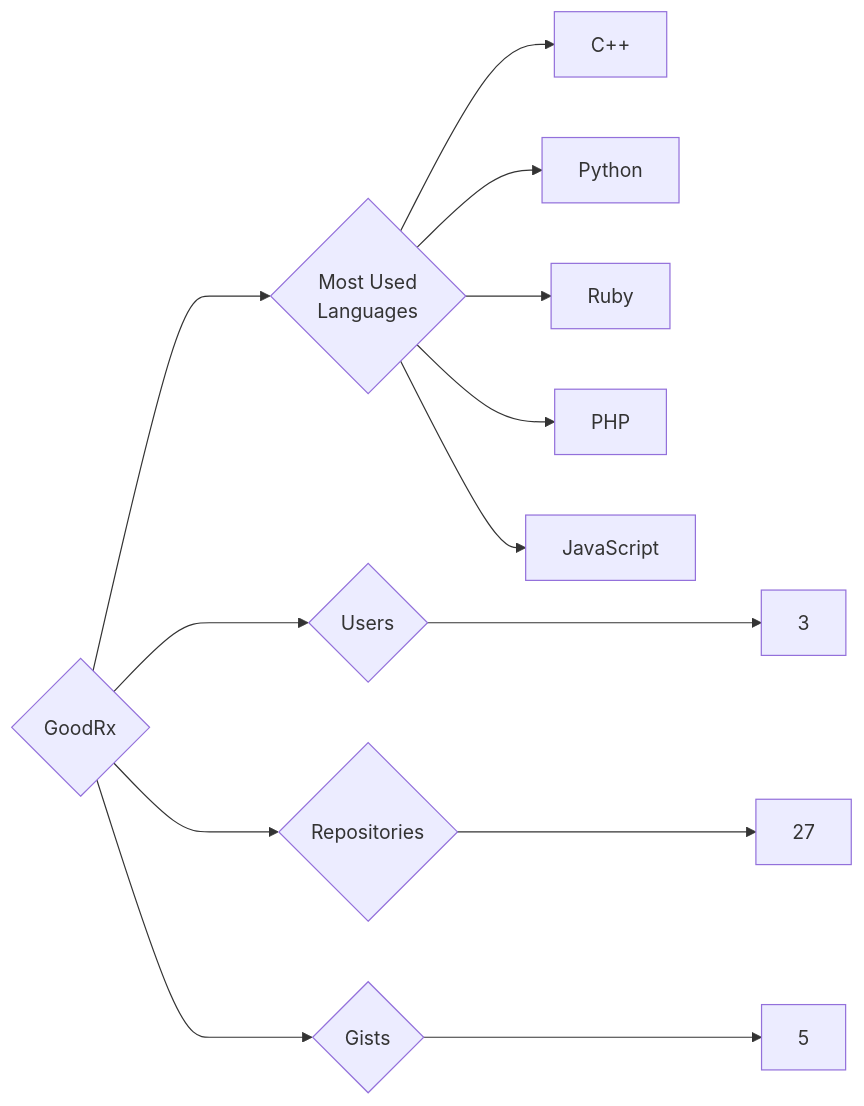
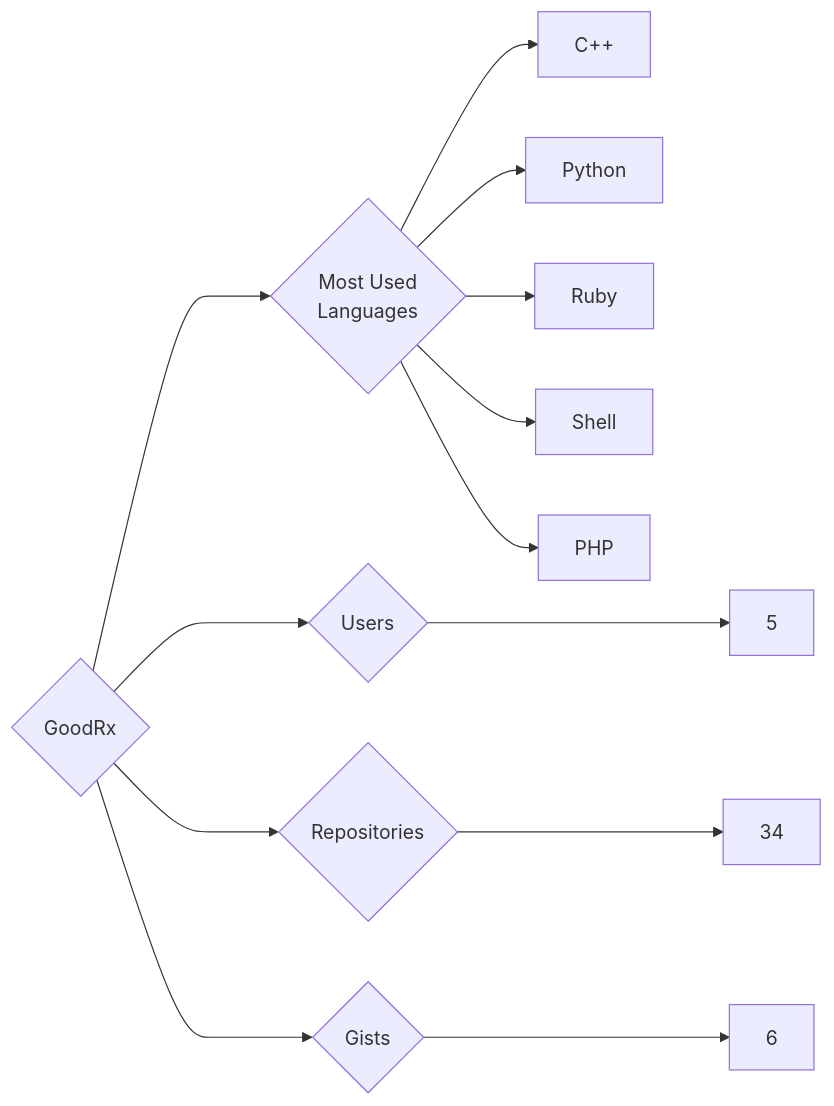
The diagram in targets/GoodRx/README.md (trickest/insiders), drawn with Mermaid before and after one commit. The commit also changed 783 other files, not shown here.

````diff
--- a/targets/GoodRx/README.md
+++ b/targets/GoodRx/README.md
@@ -3,13 +3,13 @@
 ```mermaid
 graph LR
 COMPANY_NAME{GoodRx}
-COMPANY_NAME ---> U{Users} ---> UN[3]
-COMPANY_NAME ---> R{Repositories} ---> RN[27]
-COMPANY_NAME ---> G{Gists} ---> GN[5]
+COMPANY_NAME ---> U{Users} ---> UN[5]
+COMPANY_NAME ---> R{Repositories} ---> RN[34]
+COMPANY_NAME ---> G{Gists} ---> GN[6]
 COMPANY_NAME ---> ML{Most Used<br>Languages}
 ML --> C++[C++]
 ML --> Python[Python]
 ML --> Ruby[Ruby]
+ML --> Shell[Shell]
 ML --> PHP[PHP]
-ML --> JavaScript[JavaScript]
 ```
````
